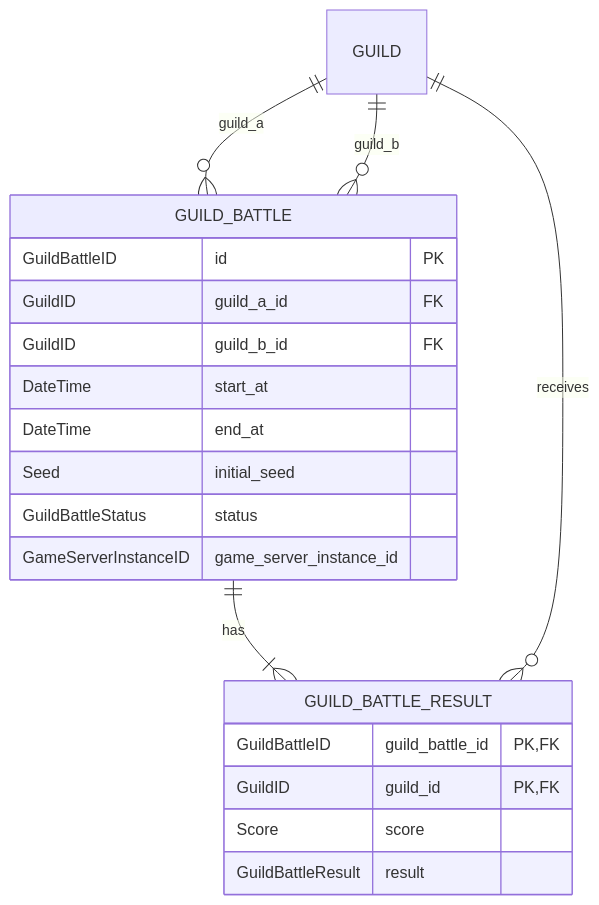
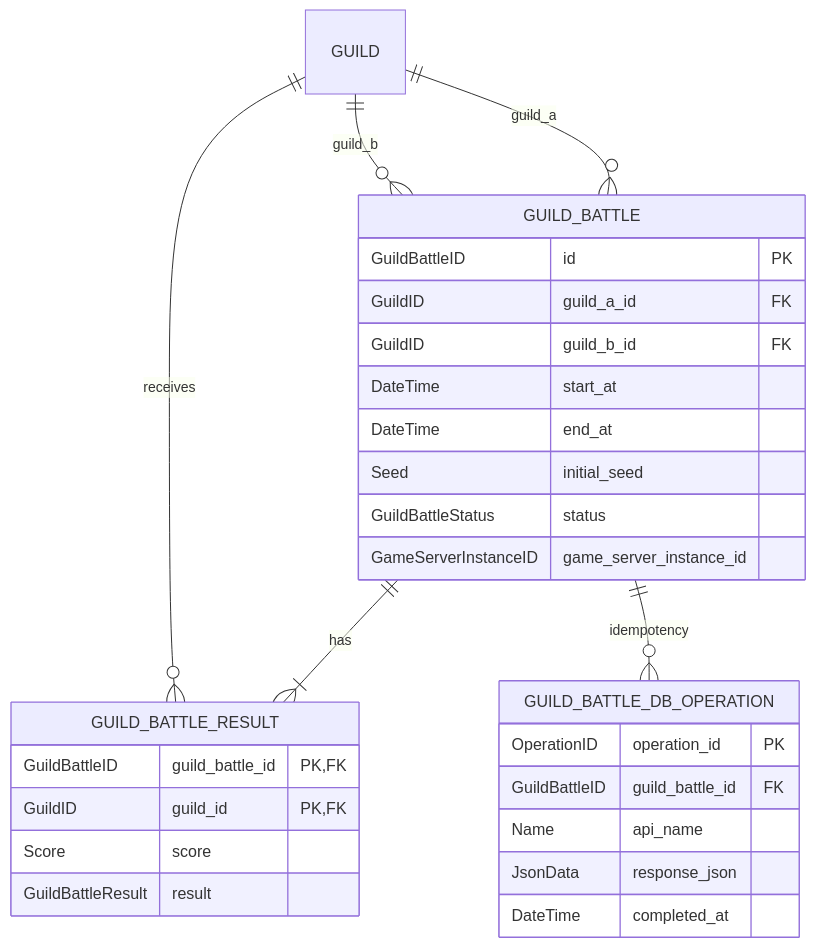
The fifth of 8 diagrams in design/data_base.md (ReHydrangeaOdyssey/Specifications), drawn with Mermaid before and after one commit. The commit also changed other lines of this file and 6 other files, not shown here.

````diff
--- a/design/data_base.md
+++ b/design/data_base.md
@@ -376,25 +376,34 @@
 ```mermaid
 erDiagram
     GUILD_BATTLE {
         GuildBattleID id PK
         GuildID guild_a_id FK
         GuildID guild_b_id FK
         DateTime start_at
         DateTime end_at
         Seed initial_seed
         GuildBattleStatus status
         GameServerInstanceID game_server_instance_id
     }
 
     GUILD_BATTLE_RESULT {
         GuildBattleID guild_battle_id PK, FK
         GuildID guild_id PK, FK
         Score score
         GuildBattleResult result
     }
 
+    GUILD_BATTLE_DB_OPERATION {
+        OperationID operation_id PK
+        GuildBattleID guild_battle_id FK
+        Name api_name
+        JsonData response_json
+        DateTime completed_at
+    }
+
     GUILD ||--o{ GUILD_BATTLE : guild_a
     GUILD ||--o{ GUILD_BATTLE : guild_b
     GUILD_BATTLE ||--|{ GUILD_BATTLE_RESULT : has
     GUILD ||--o{ GUILD_BATTLE_RESULT : receives
+    GUILD_BATTLE ||--o{ GUILD_BATTLE_DB_OPERATION : idempotency
 ```
````
